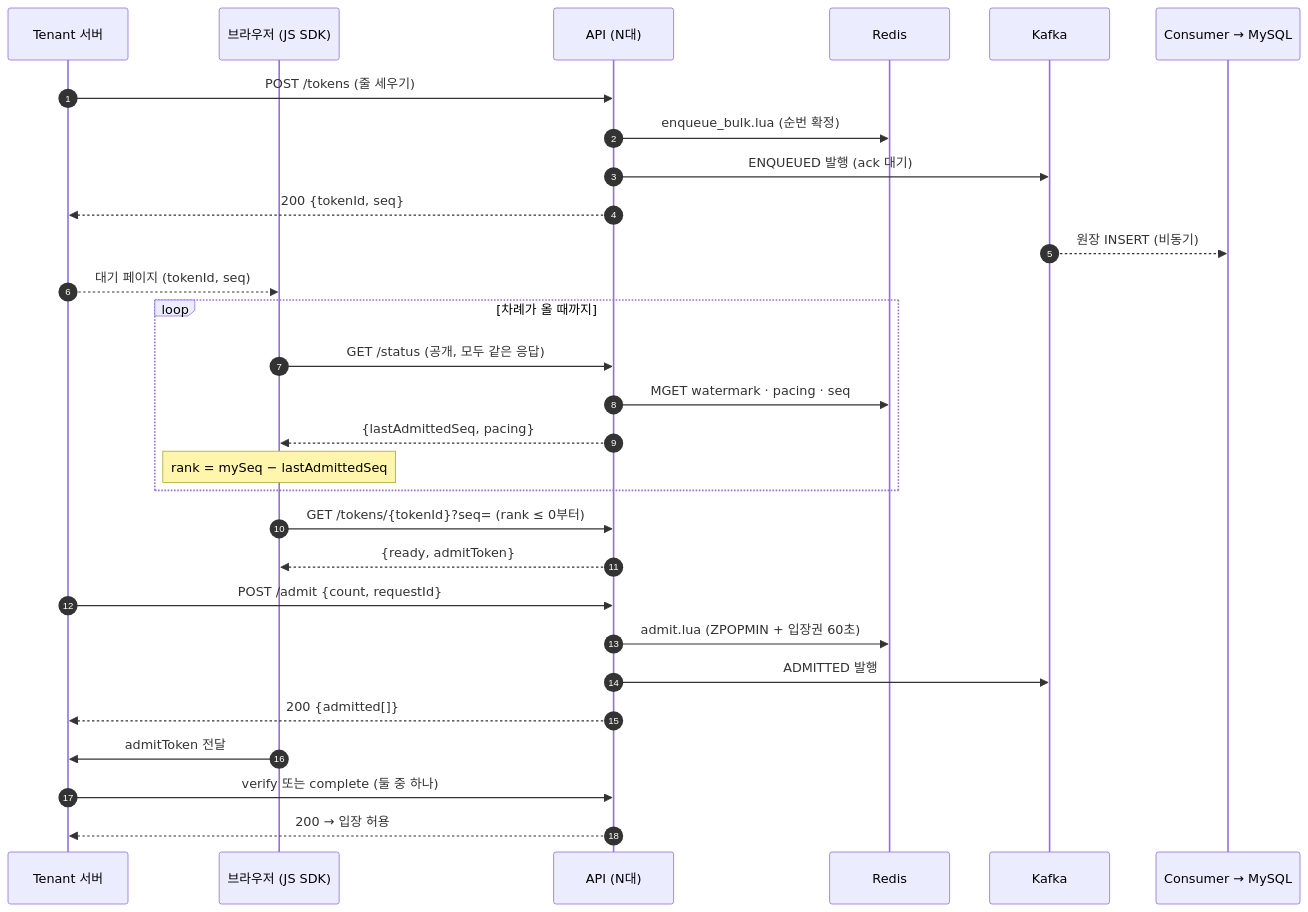
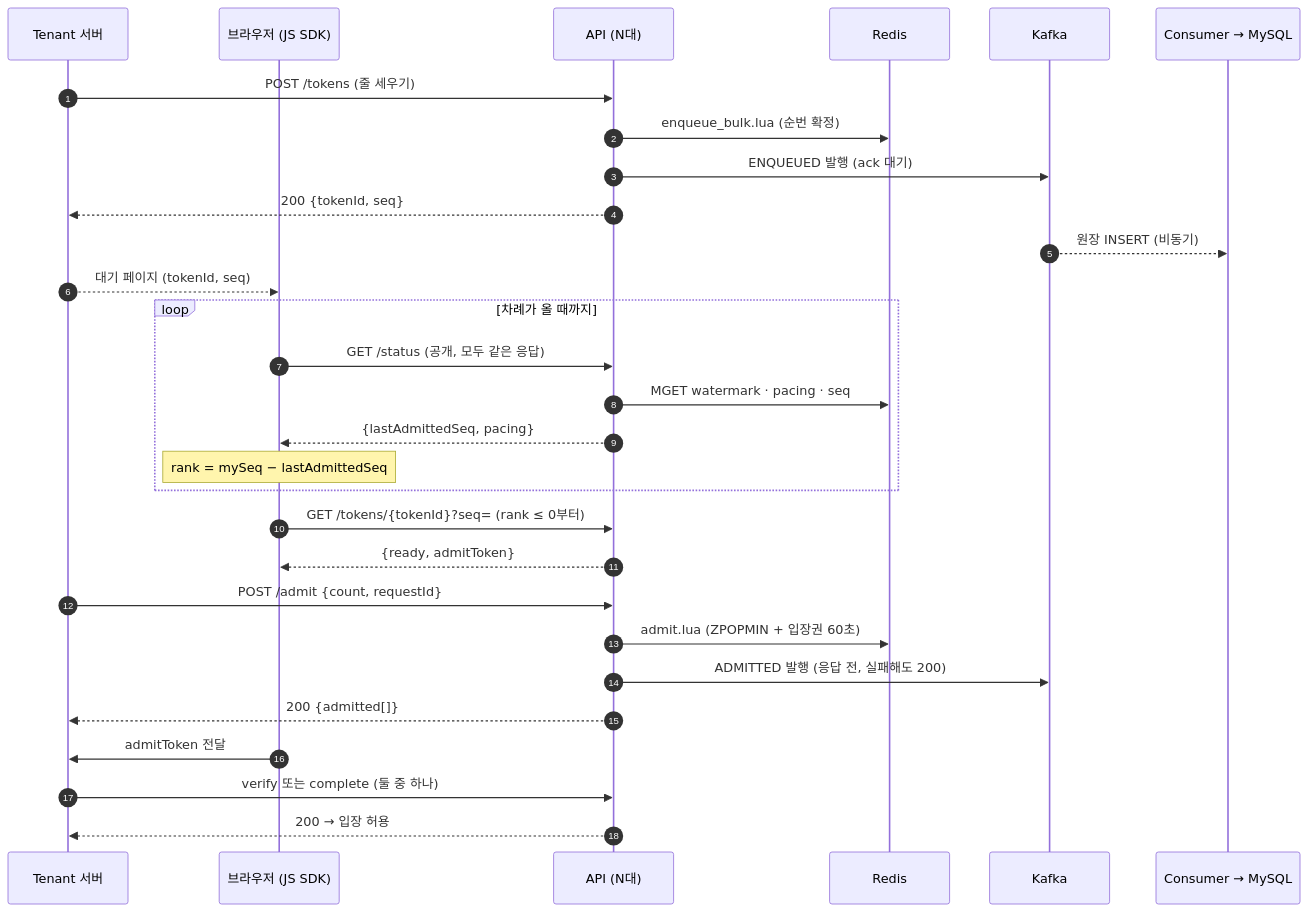
Before and after one commit to S-Onix/queue-platform: the first of 6 diagrams in doc/FLOW.md, drawn with Mermaid. The commit also changed other lines of this file and 19 other files, not shown here.

````diff
--- a/doc/FLOW.md
+++ b/doc/FLOW.md
@@ -10,34 +10,34 @@
 ```mermaid
 sequenceDiagram
     autonumber
     participant T as Tenant 서버
     participant B as 브라우저 (JS SDK)
     participant A as API (N대)
     participant R as Redis
     participant K as Kafka
     participant C as Consumer → MySQL
 
     T->>A: POST /tokens (줄 세우기)
     A->>R: enqueue_bulk.lua (순번 확정)
     A->>K: ENQUEUED 발행 (ack 대기)
     A-->>T: 200 {tokenId, seq}
     K-->>C: 원장 INSERT (비동기)
     T-->>B: 대기 페이지 (tokenId, seq)
 
     loop 차례가 올 때까지
         B->>A: GET /status (공개, 모두 같은 응답)
         A->>R: MGET watermark · pacing · seq
         A-->>B: {lastAdmittedSeq, pacing}
         Note over B: rank = mySeq − lastAdmittedSeq
     end
     B->>A: GET /tokens/{tokenId}?seq= (rank ≤ 0부터)
     A-->>B: {ready, admitToken}
 
     T->>A: POST /admit {count, requestId}
     A->>R: admit.lua (ZPOPMIN + 입장권 60초)
-    A->>K: ADMITTED 발행
+    A->>K: ADMITTED 발행 (응답 전, 실패해도 200)
     A-->>T: 200 {admitted[]}
     B->>T: admitToken 전달
     T->>A: verify 또는 complete (둘 중 하나)
     A-->>T: 200 → 입장 허용
 ```
````
